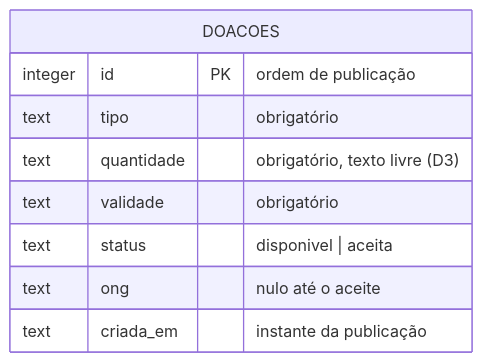
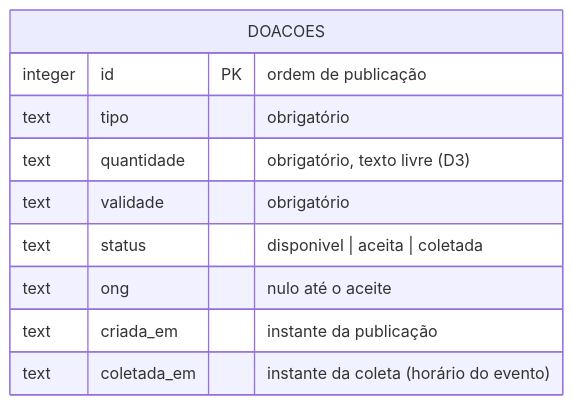
Before and after one commit to igorSeberino/g1126-template-prato-cheio: the diagram in docs/diagramas/dados.md, drawn with Mermaid. The commit also changed other lines of this file and 6 other files, not shown here.

````diff
--- a/docs/diagramas/dados.md
+++ b/docs/diagramas/dados.md
@@ -6,12 +6,13 @@
 ```mermaid
 erDiagram
     DOACOES {
         integer id PK "ordem de publicação"
         text tipo "obrigatório"
         text quantidade "obrigatório, texto livre (D3)"
         text validade "obrigatório"
-        text status "disponivel | aceita"
+        text status "disponivel | aceita | coletada"
         text ong "nulo até o aceite"
         text criada_em "instante da publicação"
+        text coletada_em "instante da coleta (horário do evento)"
     }
 ```
````
